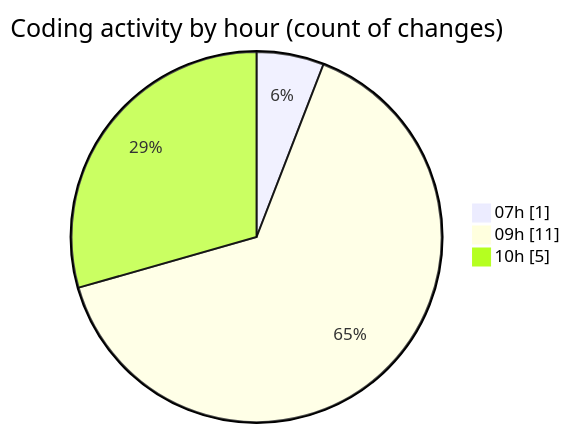
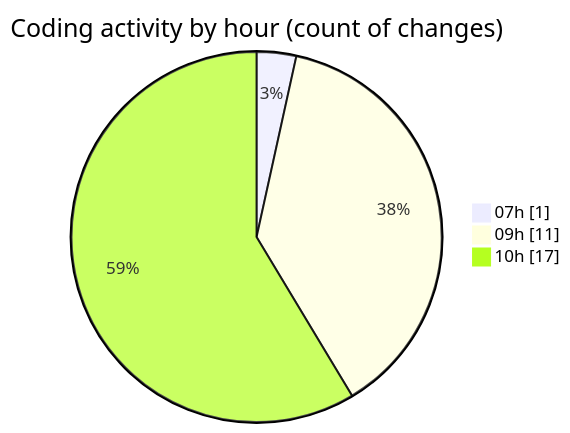
One commit to becaeroporto-bot/code-tracking changed the second of 2 diagrams in 2026-02-17/id_ia/README.md. Above: the diagram before and after it, drawn with Mermaid. The commit also changed other lines of this file and 1 other file, not shown here.

````diff
--- a/2026-02-17/id_ia/README.md
+++ b/2026-02-17/id_ia/README.md
@@ -35,7 +39,7 @@
 ```mermaid
 pie showData
 title Coding activity by hour (count of changes)
 "07h" : 1
 "09h" : 11
-"10h" : 5
+"10h" : 17
 ```
````
